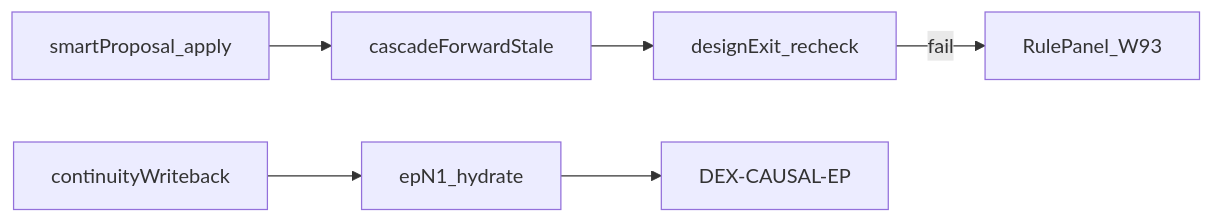
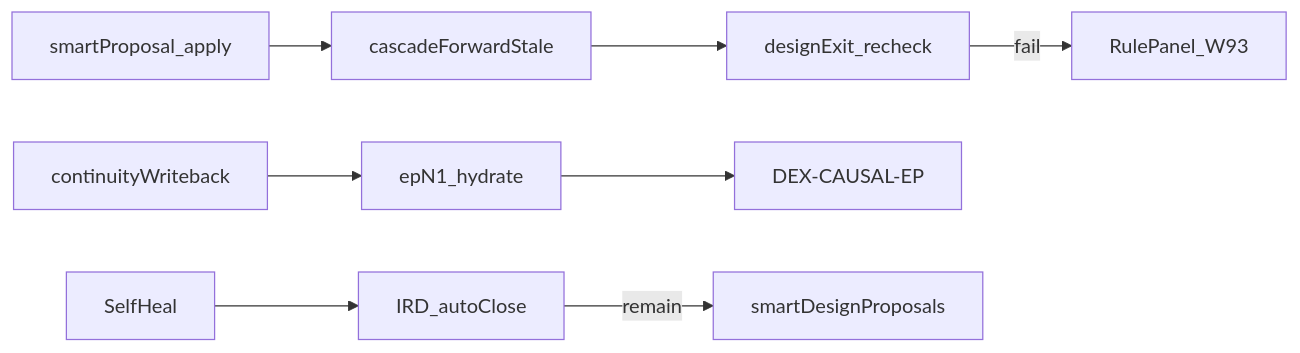
Before and after one commit to licde/Toonflow-app: the diagram in docs/V5_RESIDUAL_GAPS.md, drawn with Mermaid. The commit also changed other lines of this file and 136 other files, not shown here.

````diff
--- a/docs/V5_RESIDUAL_GAPS.md
+++ b/docs/V5_RESIDUAL_GAPS.md
@@ -29,8 +41,10 @@
 ```mermaid
 flowchart LR
   applySmart[smartProposal_apply] --> cascade[cascadeForwardStale]
   cascade --> reGate[designExit_recheck]
   reGate -->|fail| rulePanel[RulePanel_W93]
   writeback[continuityWriteback] --> hydrate[epN1_hydrate]
   hydrate --> causal[DEX-CAUSAL-EP]
+  selfHeal[SelfHeal] --> autoClose[IRD_autoClose]
+  autoClose -->|remain| proposals[smartDesignProposals]
 ```
````
